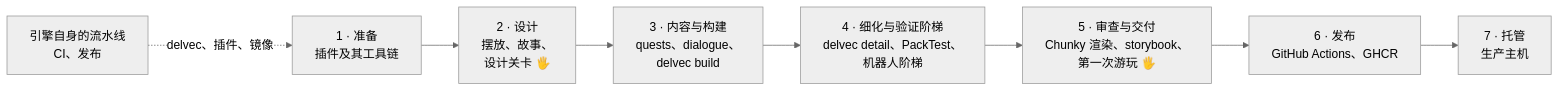
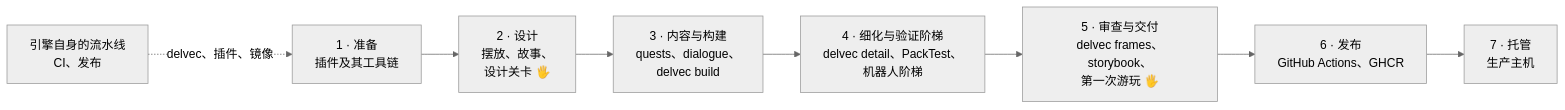
One commit to stellarfeline/delvewright changed the first of 9 diagrams in docs/how-it-works.zh-CN.md. Above: the diagram before and after it, drawn with Mermaid (neutral theme). The commit also changed other lines of this file and 42 other files, not shown here.

````diff
--- a/docs/how-it-works.zh-CN.md
+++ b/docs/how-it-works.zh-CN.md
@@ -9,10 +9,10 @@
 ```mermaid
 flowchart LR
     S["1 · 准备<br/>插件及其工具链"] --> D["2 · 设计<br/>摆放、故事、<br/>设计关卡 🖐"]
     D --> B["3 · 内容与构建<br/>quests、dialogue、<br/>delvec build"]
     B --> V["4 · 细化与验证阶梯<br/>delvec detail、PackTest、<br/>机器人阶梯"]
-    V --> R["5 · 审查与交付<br/>Chunky 渲染、storybook、<br/>第一次游玩 🖐"]
+    V --> R["5 · 审查与交付<br/>delvec frames、storybook、<br/>第一次游玩 🖐"]
     R --> P["6 · 发布<br/>GitHub Actions、GHCR"]
     P --> H["7 · 托管<br/>生产主机"]
     E["引擎自身的流水线<br/>CI、发布"] -.->|"delvec、插件、镜像"| S
 ```
````
